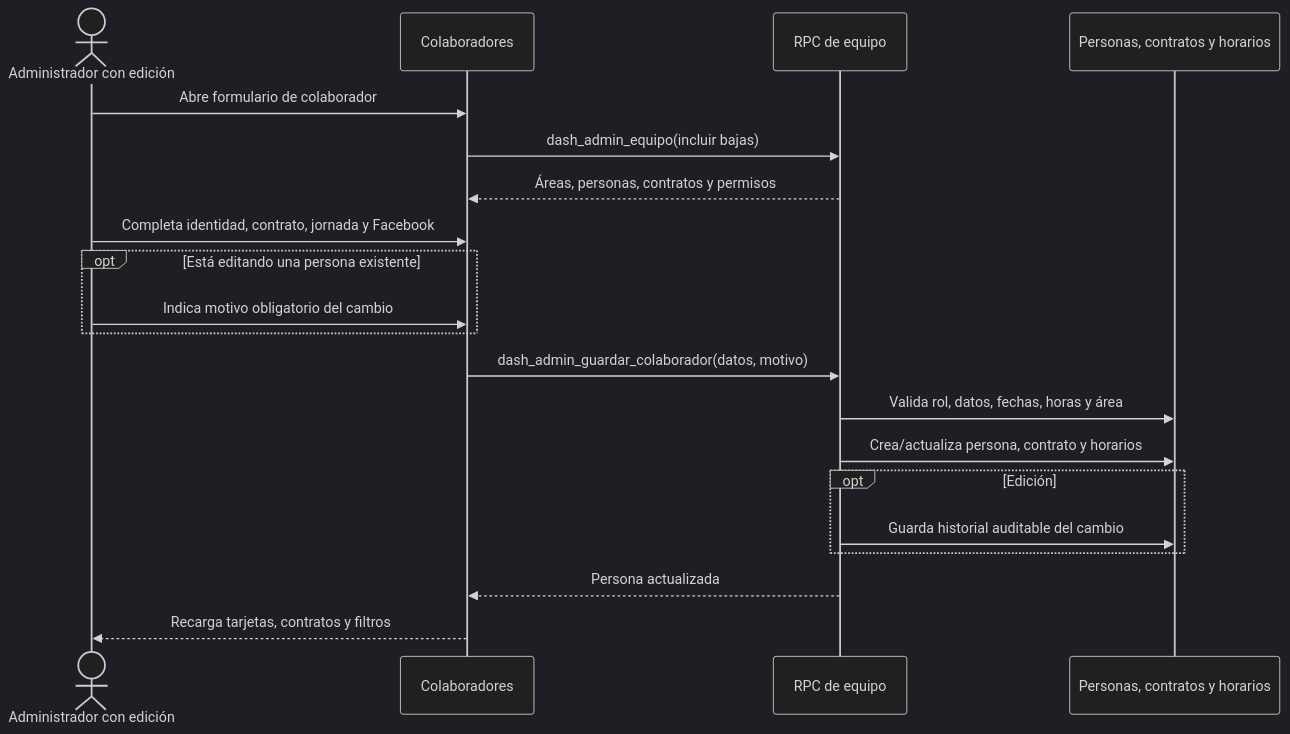
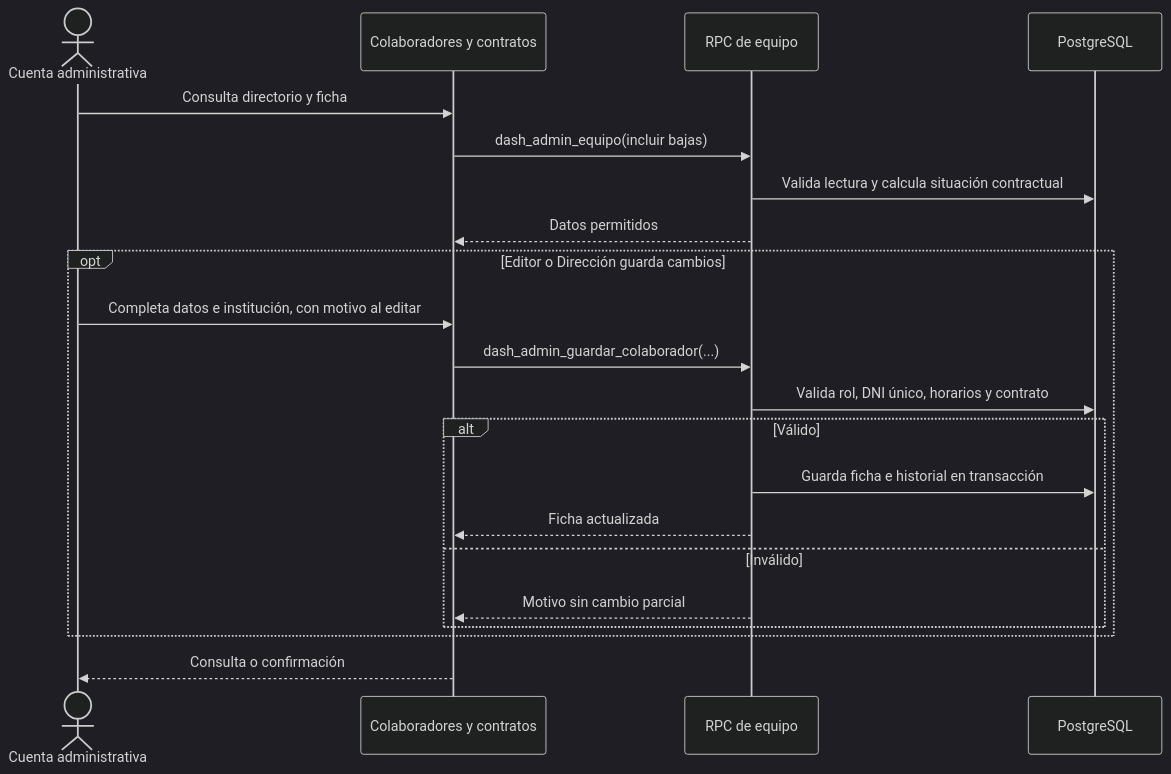
Before and after one commit to kjabienestar-ux/KJA: the ninth of 22 diagrams in docs/20-diagramas-secuencia-administracion.md, drawn with Mermaid (dark theme). The commit also changed other lines of this file and 4 other files, not shown here.

````diff
--- a/docs/20-diagramas-secuencia-administracion.md
+++ b/docs/20-diagramas-secuencia-administracion.md
@@ -272,23 +278,23 @@
 ```mermaid
 sequenceDiagram
-    actor Admin as Administrador con edición
-    participant Web as Colaboradores
-    participant RPC as RPC de equipo
-    participant DB as Personas, contratos y horarios
-
-    Admin->>Web: Abre formulario de colaborador
-    Web->>RPC: dash_admin_equipo(incluir bajas)
-    RPC-->>Web: Áreas, personas, contratos y permisos
-    Admin->>Web: Completa identidad, contrato, jornada y Facebook
-    opt Está editando una persona existente
-        Admin->>Web: Indica motivo obligatorio del cambio
+    actor U as Cuenta administrativa
+    participant W as Colaboradores y contratos
+    participant R as RPC de equipo
+    participant B as PostgreSQL
+    U->>W: Consulta directorio y ficha
+    W->>R: dash_admin_equipo(incluir bajas)
+    R->>B: Valida lectura y calcula situación contractual
+    R-->>W: Datos permitidos
+    opt Editor o Dirección guarda cambios
+    U->>W: Completa datos e institución, con motivo al editar
+    W->>R: dash_admin_guardar_colaborador(...)
+    R->>B: Valida rol, DNI único, horarios y contrato
+    alt Válido
+    R->>B: Guarda ficha e historial en transacción
+    R-->>W: Ficha actualizada
+    else Inválido
+    R-->>W: Motivo sin cambio parcial
     end
-    Web->>RPC: dash_admin_guardar_colaborador(datos, motivo)
-    RPC->>DB: Valida rol, datos, fechas, horas y área
-    RPC->>DB: Crea/actualiza persona, contrato y horarios
-    opt Edición
-        RPC->>DB: Guarda historial auditable del cambio
     end
-    RPC-->>Web: Persona actualizada
-    Web-->>Admin: Recarga tarjetas, contratos y filtros
+    W-->>U: Consulta o confirmación
 ```
````
